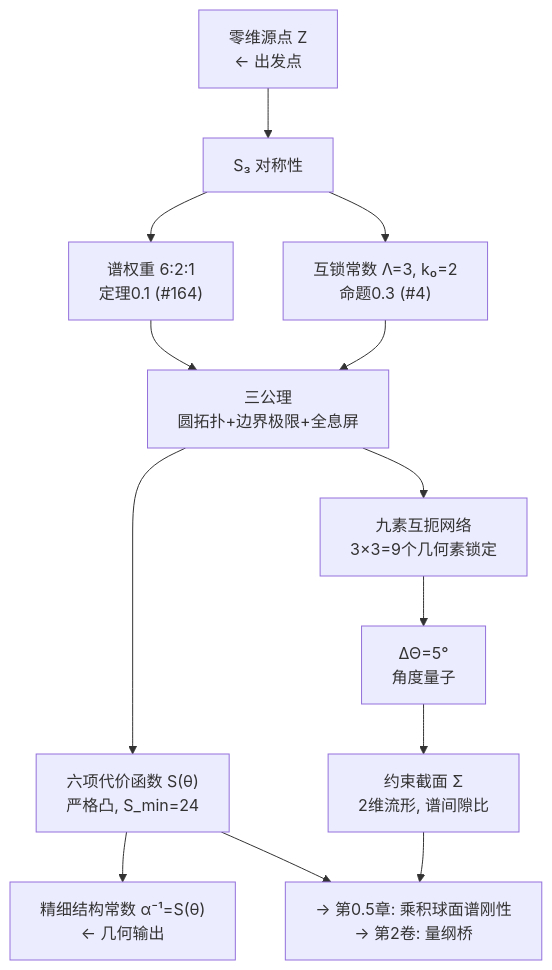
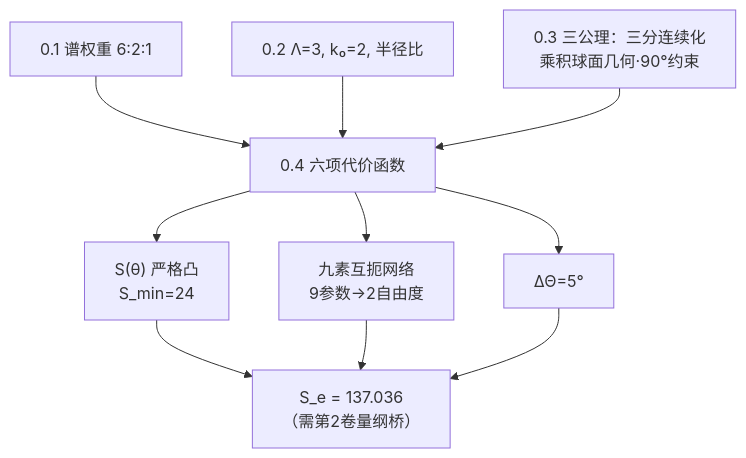
One commit to sdoygb/geometry-ai-server changed the diagram in app/articles/GT-Vault/Vol-0_从零开始/0.4_六项代价函数与九素互扼.md. Above: the diagram before and after it, drawn with Mermaid. The commit also changed other lines of this file, not shown here.

````diff
--- a/app/articles/GT-Vault/Vol-0_从零开始/0.4_六项代价函数与九素互扼.md
+++ b/app/articles/GT-Vault/Vol-0_从零开始/0.4_六项代价函数与九素互扼.md
@@ -214,13 +776,12 @@
 ```mermaid
 flowchart TD
-    A["零维源点 Z<br>← 出发点"] --> B["S₃ 对称性"]
-    B --> C["谱权重 6:2:1<br>定理0.1 (#164)"]
-    B --> D["互锁常数 Λ=3, k₀=2<br>命题0.3 (#4)"]
-    C & D --> E["三公理<br>圆拓扑+边界极限+全息屏"]
-    E --> F["六项代价函数 S(θ)<br>严格凸, S_min=24"]
-    F --> G["精细结构常数 α⁻¹=S(θ)<br>← 几何输出"]
-    E --> H["九素互扼网络<br>3×3=9个几何素锁定"]
-    H --> I["∆Θ=5°<br>角度量子"]
-    I --> J["约束截面 Σ<br>2维流形, 谱间隙比"]
-    F & J --> K["→ 第0.5章: 乘积球面谱刚性<br>→ 第2卷: 量纲桥"]
+    A["0.1 谱权重 6:2:1"] --> D["0.4 六项代价函数"]
+    B["0.2 Λ=3, k₀=2, 半径比"] --> D
+    C["0.3 三公理：三分连续化<br>乘积球面几何·90°约束"] --> D
+    D --> E["S(θ) 严格凸<br>S_min=24"]
+    D --> F["九素互扼网络<br>9参数→2自由度"]
+    D --> G["ΔΘ=5°"]
+    E --> H["S_e = 137.036<br>（需第2卷量纲桥）"]
+    F --> H
+    G --> H
 ```
````
